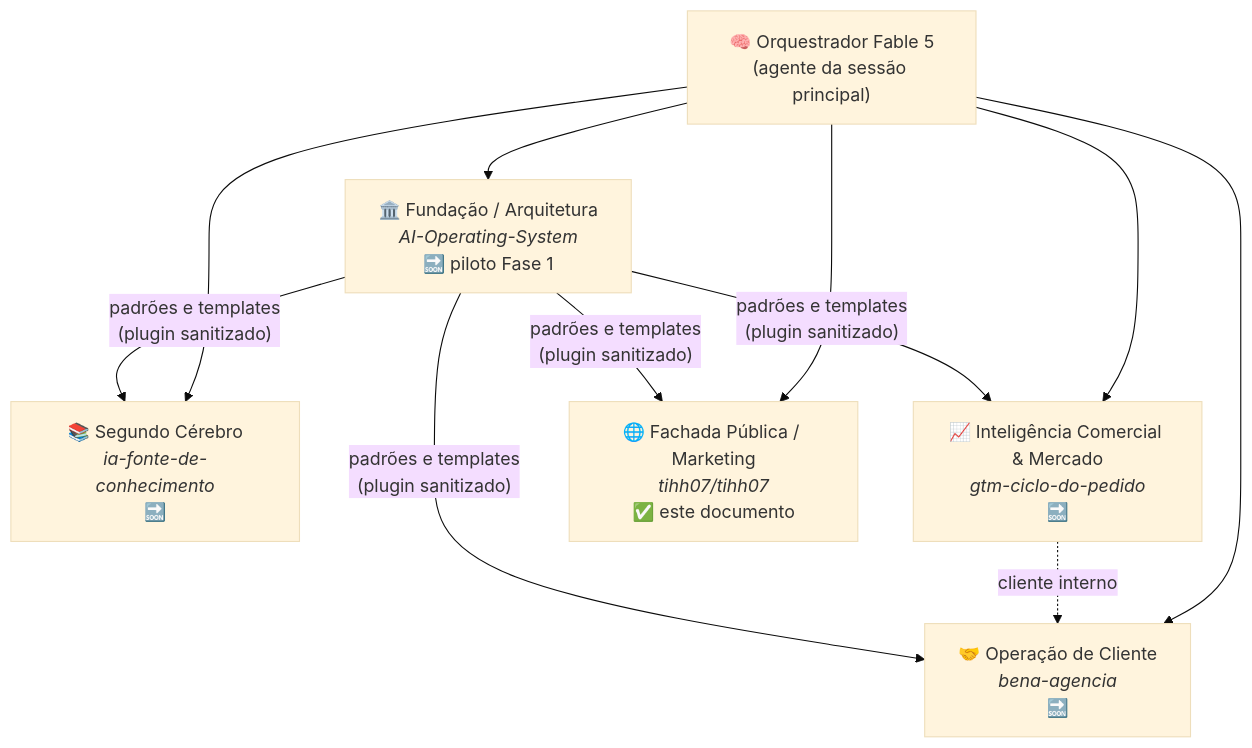
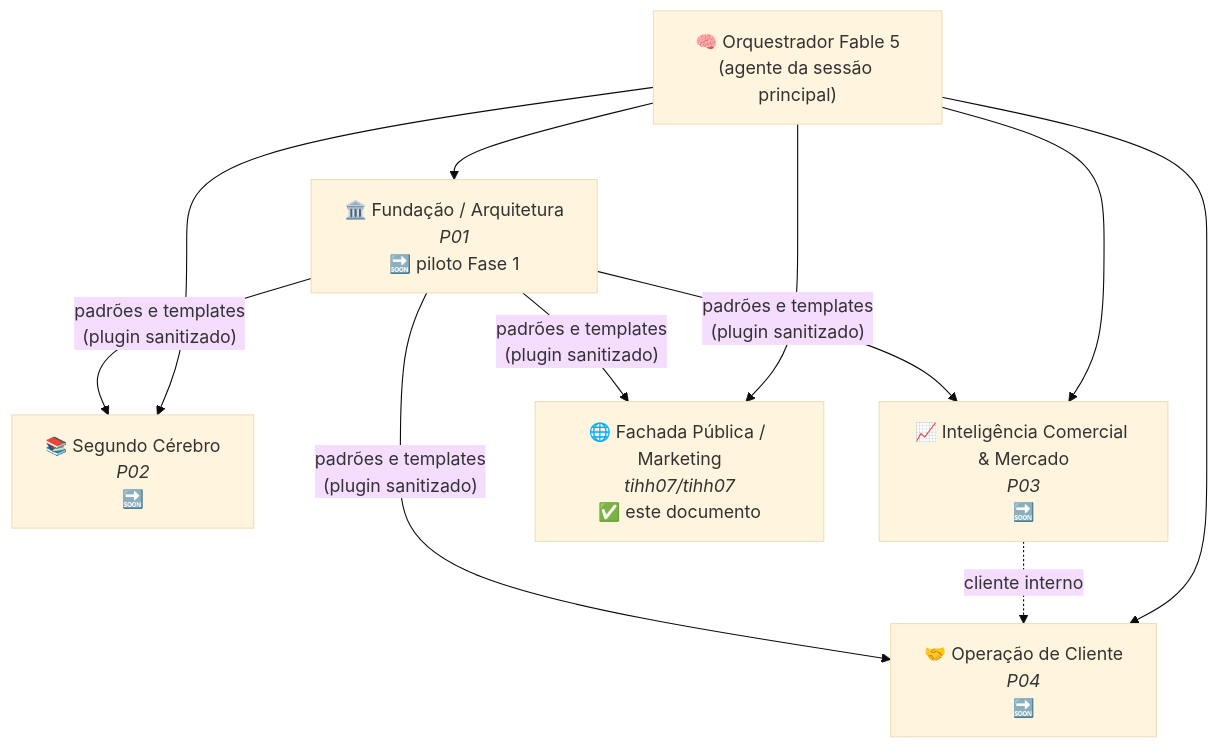
Before and after one commit to tihh07/tihh07: the diagram in docs/orchestration-blueprint.md, drawn with Mermaid (base theme). The commit also changed other lines of this file and 5 other files, not shown here.

````diff
--- a/docs/orchestration-blueprint.md
+++ b/docs/orchestration-blueprint.md
@@ -106,11 +106,11 @@
 ```mermaid
 flowchart TD
     CEO["🧠 Orquestrador Fable 5<br/>(agente da sessão principal)"]
-    CEO --> FUND["🏛️ Fundação / Arquitetura<br/><i>AI-Operating-System</i><br/>🔜 piloto Fase 1"]
-    CEO --> BRAIN["📚 Segundo Cérebro<br/><i>ia-fonte-de-conhecimento</i><br/>🔜"]
-    CEO --> IC["📈 Inteligência Comercial & Mercado<br/><i>gtm-ciclo-do-pedido</i><br/>🔜"]
-    CEO --> AG["🤝 Operação de Cliente<br/><i>bena-agencia</i><br/>🔜"]
+    CEO --> FUND["🏛️ Fundação / Arquitetura<br/><i>P01</i><br/>🔜 piloto Fase 1"]
+    CEO --> BRAIN["📚 Segundo Cérebro<br/><i>P02</i><br/>🔜"]
+    CEO --> IC["📈 Inteligência Comercial & Mercado<br/><i>P03</i><br/>🔜"]
+    CEO --> AG["🤝 Operação de Cliente<br/><i>P04</i><br/>🔜"]
     CEO --> PUB["🌐 Fachada Pública / Marketing<br/><i>tihh07/tihh07</i><br/>✅ este documento"]
     IC -. "cliente interno" .-> AG
     FUND -- "padrões e templates<br/>(plugin sanitizado)" --> BRAIN & IC & AG & PUB
 ```
````
